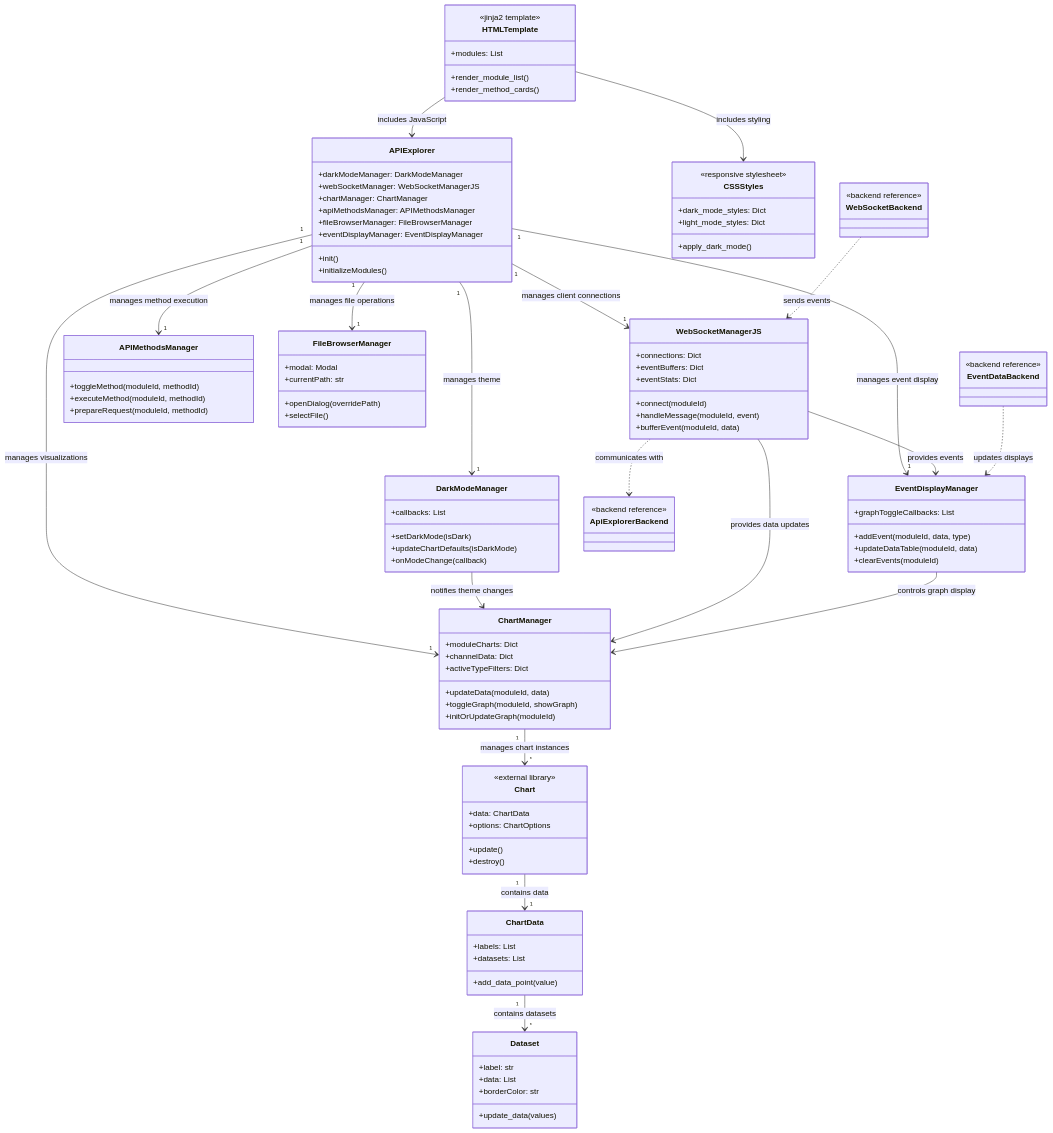
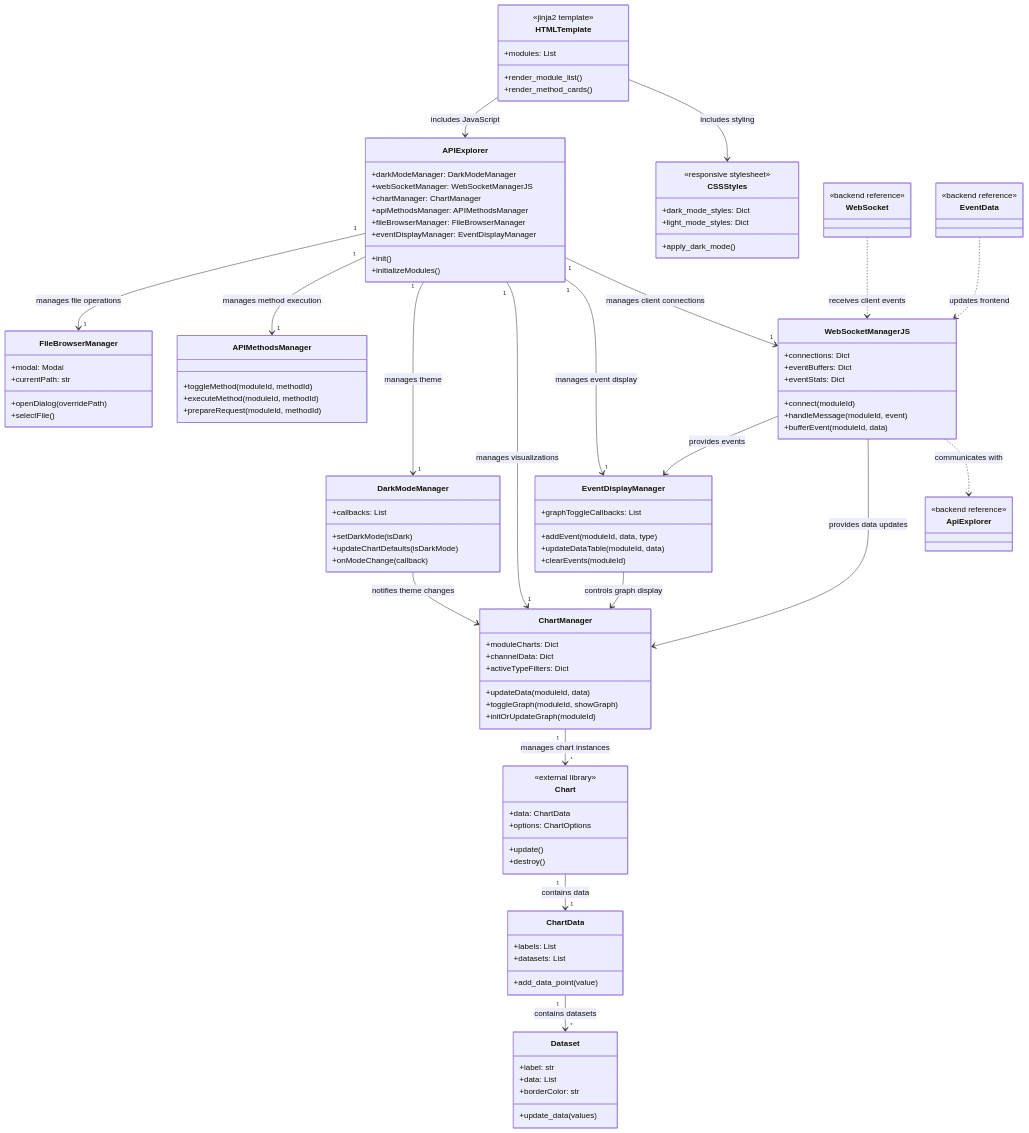
Before and after one commit to PabloSoage/NeuroSync-Framework: the diagram in Diagrams/ApiExplorer/final_diagrams/api_explorer_frontend.md, drawn with Mermaid. The commit also changed 1 other file, not shown here.

````diff
--- a/Diagrams/ApiExplorer/final_diagrams/api_explorer_frontend.md
+++ b/Diagrams/ApiExplorer/final_diagrams/api_explorer_frontend.md
@@ -98,30 +98,31 @@
     }
     
     %% Backend Reference Classes
-    class ApiExplorerBackend {
+    class ApiExplorer {
         <<backend reference>>
     }
     
-    class WebSocketBackend {
+    class WebSocket {
         <<backend reference>>
     }
     
-    class EventDataBackend {
+    class EventData {
         <<backend reference>>
     }
     
     %% Relationships
+    APIExplorer "1" --> "1" WebSocketManagerJS : manages client connections
+    APIExplorer "1" --> "1" EventDisplayManager : manages event display
+    APIExplorer "1" --> "1" ChartManager : manages visualizations
     APIExplorer "1" --> "1" DarkModeManager : manages theme
-    APIExplorer "1" --> "1" WebSocketManagerJS : manages client connections
-    APIExplorer "1" --> "1" ChartManager : manages visualizations
     APIExplorer "1" --> "1" APIMethodsManager : manages method execution
     APIExplorer "1" --> "1" FileBrowserManager : manages file operations
-    APIExplorer "1" --> "1" EventDisplayManager : manages event display
     
-    DarkModeManager --> ChartManager : notifies theme changes
+    WebSocketManagerJS ..> ApiExplorer : communicates with
     WebSocketManagerJS --> ChartManager : provides data updates
     WebSocketManagerJS --> EventDisplayManager : provides events
     EventDisplayManager --> ChartManager : controls graph display
+    DarkModeManager --> ChartManager : notifies theme changes
     
     ChartManager "1" --> "*" Chart : manages chart instances
     Chart "1" --> "1" ChartData : contains data
@@ -130,7 +131,6 @@
     HTMLTemplate --> CSSStyles : includes styling
     HTMLTemplate --> APIExplorer : includes JavaScript
     
-    WebSocketManagerJS ..> ApiExplorerBackend : communicates with
-    WebSocketBackend ..> WebSocketManagerJS : sends events
-    EventDataBackend ..> EventDisplayManager : updates displays
+    WebSocket ..> WebSocketManagerJS : receives client events
+    EventData ..> WebSocketManagerJS : updates frontend
 ```
````
